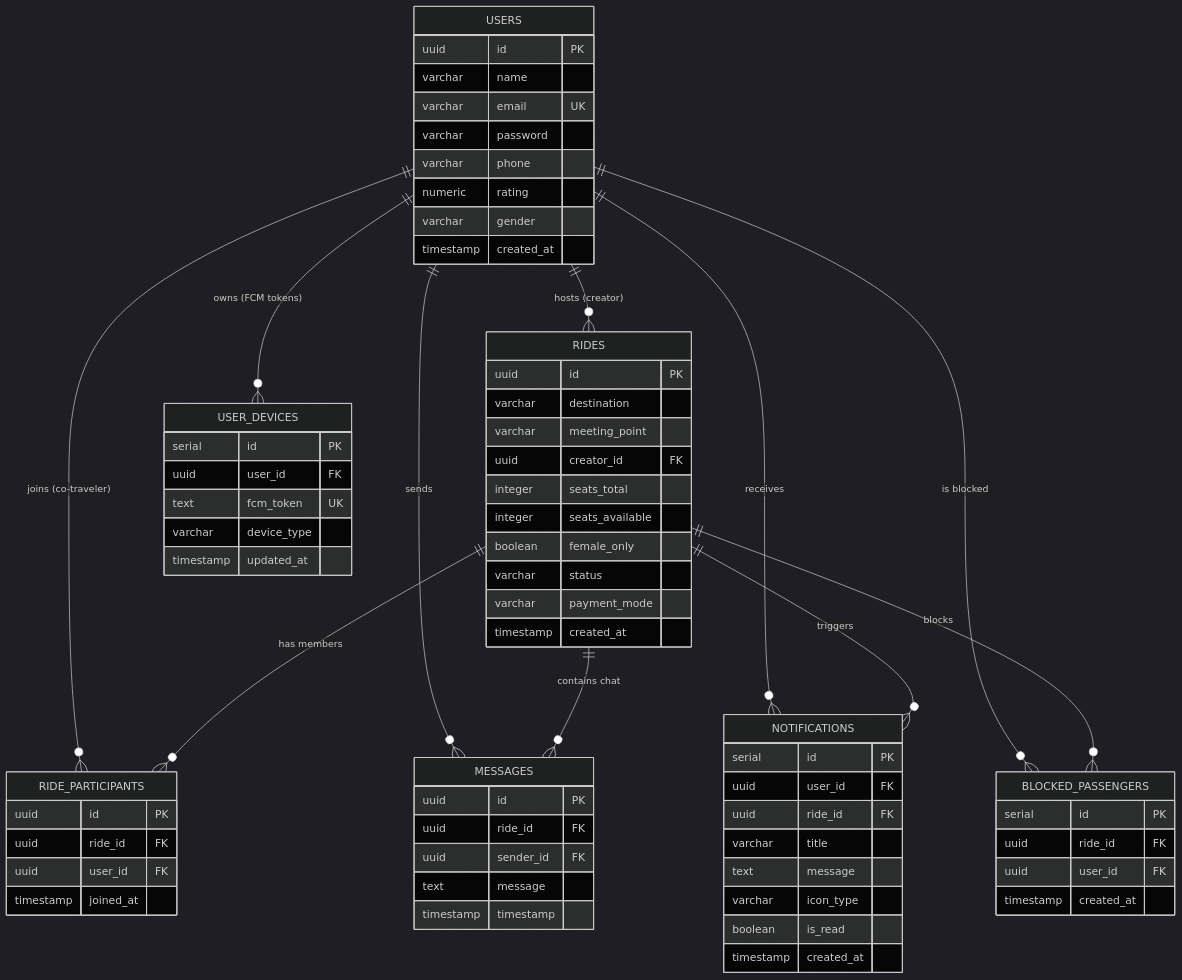
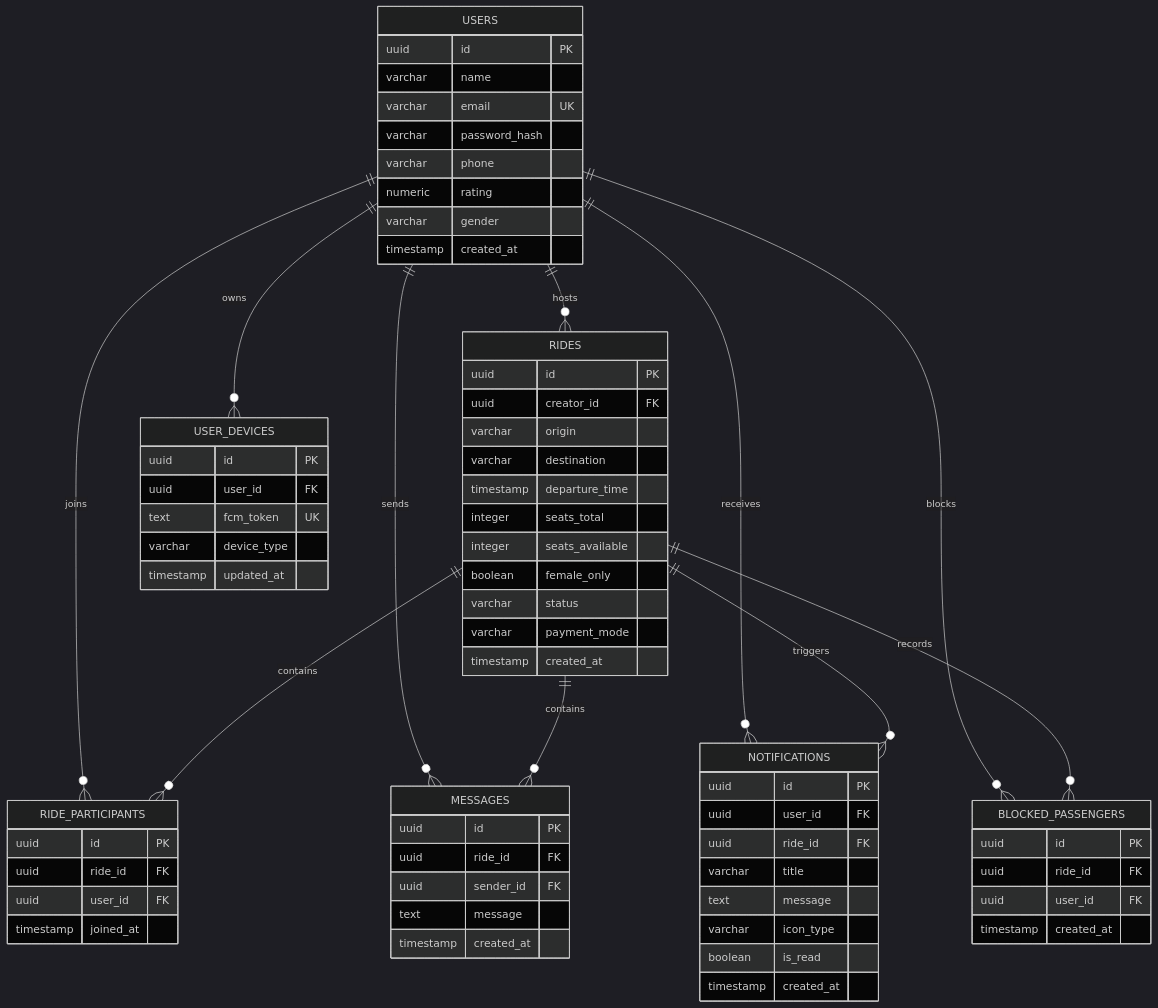
The second of 6 diagrams in SYSTEM_DESIGN_AND_ARCHITECTURE_GUIDE.md (Thilak-K2121/AutoMate), drawn with Mermaid (dark theme) before and after one commit. The commit also changed other lines of this file, not shown here.

First line of the commit message:
Refine formatting and content in architecture guide

````diff
--- a/SYSTEM_DESIGN_AND_ARCHITECTURE_GUIDE.md
+++ b/SYSTEM_DESIGN_AND_ARCHITECTURE_GUIDE.md
@@ -282,79 +435,80 @@
 ```mermaid
 erDiagram
-    USERS ||--o{ RIDES : "hosts (creator)"
-    USERS ||--o{ RIDE_PARTICIPANTS : "joins (co-traveler)"
-    USERS ||--o{ MESSAGES : "sends"
-    USERS ||--o{ NOTIFICATIONS : "receives"
-    USERS ||--o{ BLOCKED_PASSENGERS : "is blocked"
-    USERS ||--o{ USER_DEVICES : "owns (FCM tokens)"
+    USERS ||--o{ RIDES : hosts
+    USERS ||--o{ RIDE_PARTICIPANTS : joins
+    USERS ||--o{ MESSAGES : sends
+    USERS ||--o{ NOTIFICATIONS : receives
+    USERS ||--o{ USER_DEVICES : owns
+    USERS ||--o{ BLOCKED_PASSENGERS : blocks
 
-    RIDES ||--o{ RIDE_PARTICIPANTS : "has members"
-    RIDES ||--o{ MESSAGES : "contains chat"
-    RIDES ||--o{ NOTIFICATIONS : "triggers"
-    RIDES ||--o{ BLOCKED_PASSENGERS : "blocks"
+    RIDES ||--o{ RIDE_PARTICIPANTS : contains
+    RIDES ||--o{ MESSAGES : contains
+    RIDES ||--o{ NOTIFICATIONS : triggers
+    RIDES ||--o{ BLOCKED_PASSENGERS : records
 
     USERS {
         uuid id PK
         varchar name
         varchar email UK
-        varchar password
+        varchar password_hash
         varchar phone
         numeric rating
         varchar gender
         timestamp created_at
     }
 
     RIDES {
         uuid id PK
+        uuid creator_id FK
+        varchar origin
         varchar destination
-        varchar meeting_point
-        uuid creator_id FK
+        timestamp departure_time
         integer seats_total
         integer seats_available
         boolean female_only
         varchar status
         varchar payment_mode
         timestamp created_at
     }
 
     RIDE_PARTICIPANTS {
         uuid id PK
         uuid ride_id FK
         uuid user_id FK
         timestamp joined_at
     }
 
     MESSAGES {
         uuid id PK
         uuid ride_id FK
         uuid sender_id FK
         text message
-        timestamp timestamp
+        timestamp created_at
     }
 
     NOTIFICATIONS {
-        serial id PK
+        uuid id PK
         uuid user_id FK
         uuid ride_id FK
         varchar title
         text message
         varchar icon_type
         boolean is_read
         timestamp created_at
     }
 
     BLOCKED_PASSENGERS {
-        serial id PK
+        uuid id PK
         uuid ride_id FK
         uuid user_id FK
         timestamp created_at
     }
 
     USER_DEVICES {
-        serial id PK
+        uuid id PK
         uuid user_id FK
         text fcm_token UK
         varchar device_type
         timestamp updated_at
     }
 ```
````
